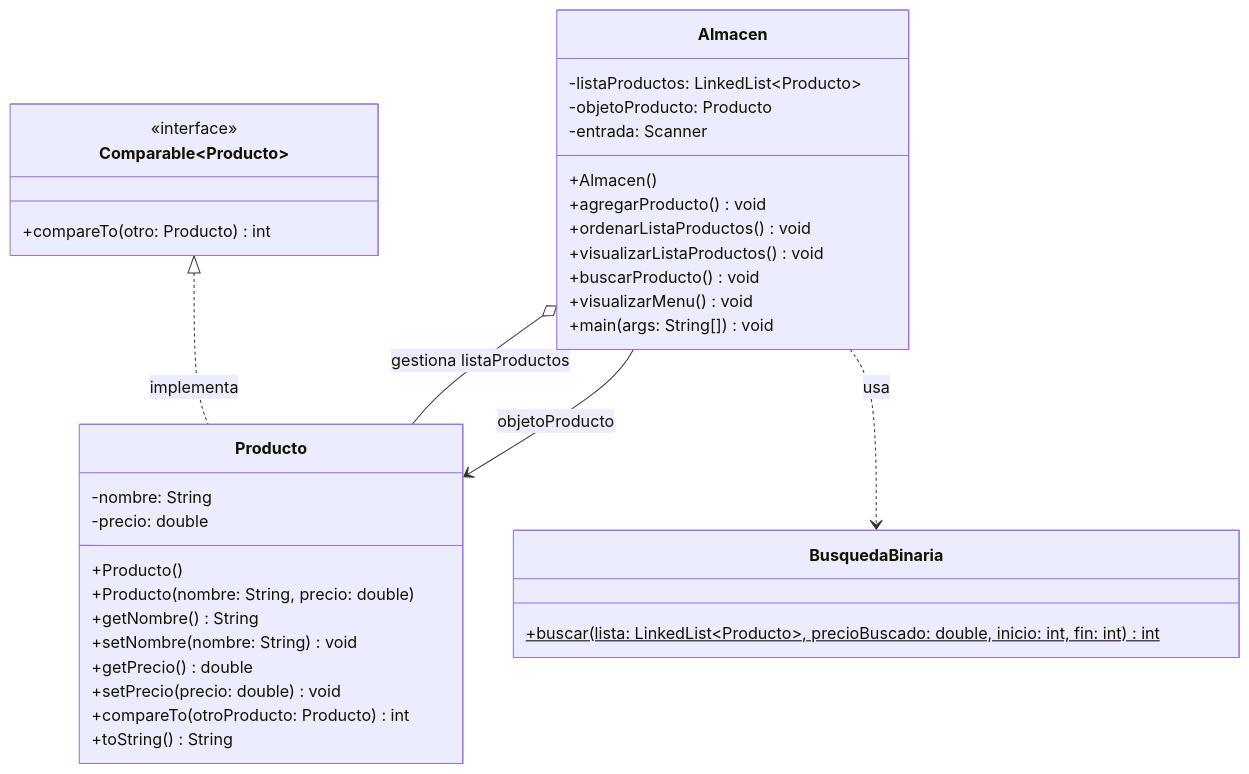
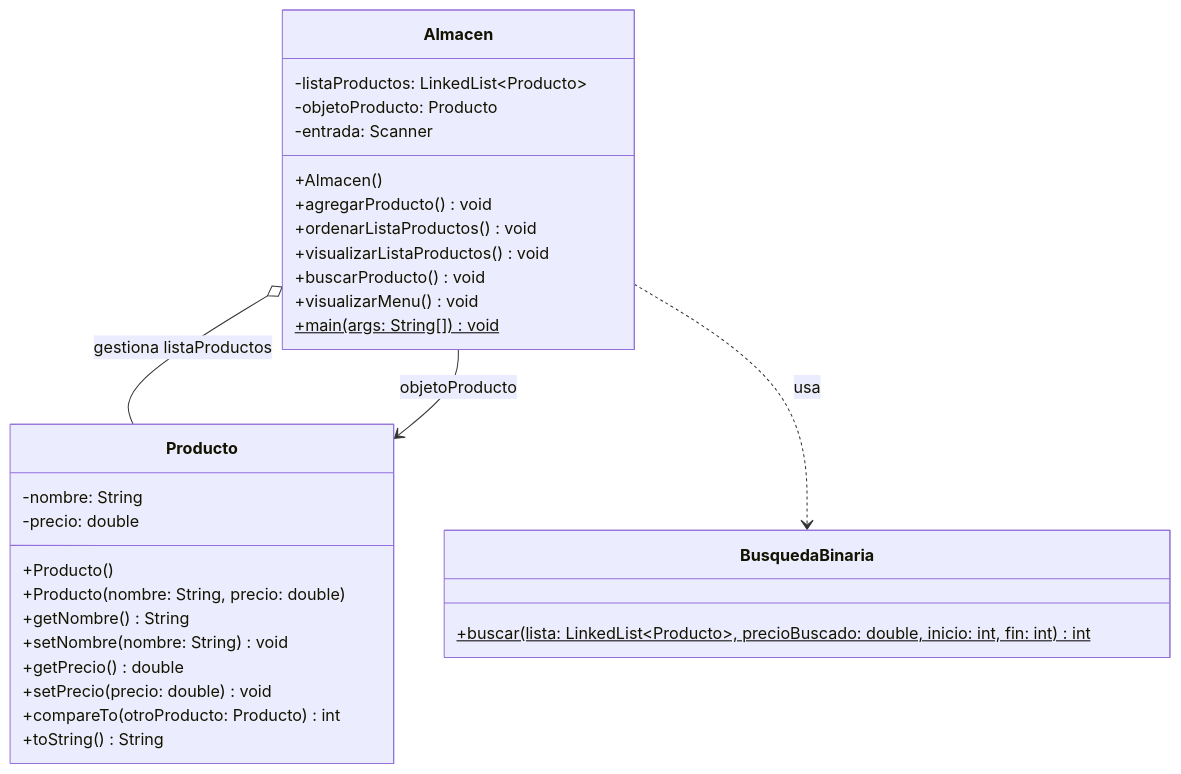
The diagram in README.md (kamila-selvas/253456_253427_U2_AC1), drawn with Mermaid before and after one commit.

Commit message:
Docs: Actualizar diagrama de clases con main incluido

````diff
--- a/README.md
+++ b/README.md
@@ -15,42 +15,36 @@
 ```mermaid
 classDiagram
-    class Comparable~Producto~ {
-        <<interface>>
-        +compareTo(otro: Producto) int
-    }
-
     class Producto {
         -nombre: String
         -precio: double
         +Producto()
         +Producto(nombre: String, precio: double)
         +getNombre() String
         +setNombre(nombre: String) void
         +getPrecio() double
         +setPrecio(precio: double) void
         +compareTo(otroProducto: Producto) int
         +toString() String
     }
 
     class BusquedaBinaria {
         +buscar(lista: LinkedList~Producto~, precioBuscado: double, inicio: int, fin: int)$ int
     }
 
     class Almacen {
         -listaProductos: LinkedList~Producto~
         -objetoProducto: Producto
         -entrada: Scanner
         +Almacen()
         +agregarProducto() void
         +ordenarListaProductos() void
         +visualizarListaProductos() void
         +buscarProducto() void
         +visualizarMenu() void
-        +main(args: String[]) void
+        +main(args: String[])$ void
     }
 
-    Comparable~Producto~ <|.. Producto : implementa
     Almacen o-- Producto : gestiona listaProductos
     Almacen --> Producto : objetoProducto
     Almacen ..> BusquedaBinaria : usa
 ```
````
